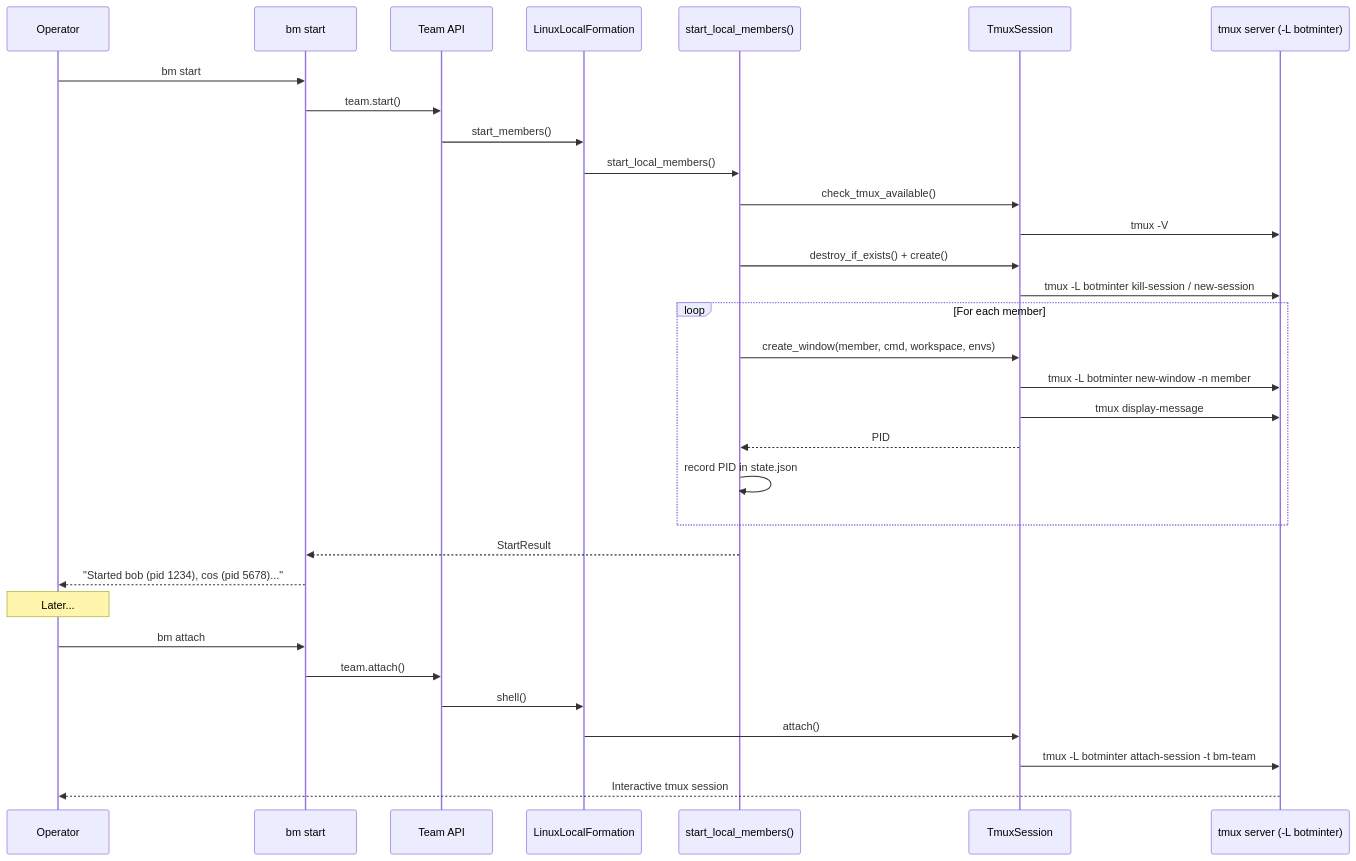
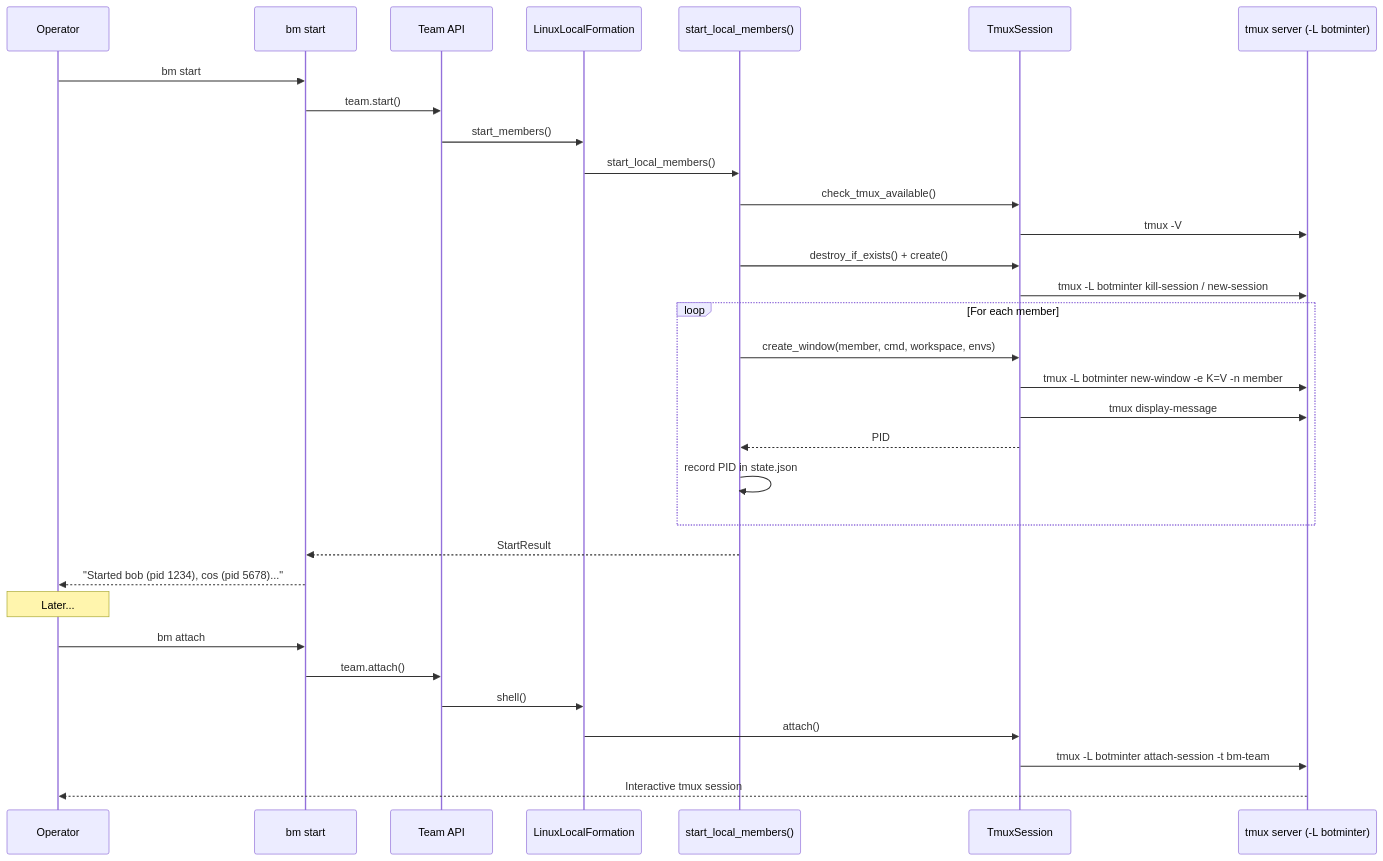
Before and after one commit to devguyio-bot-squad/may-team-team: the second of 2 diagrams in specs/botminter/2026-05-09-tmux-agent-sessions/design.md, drawn with Mermaid. The commit also changed other lines of this file, not shown here.

First line of the commit message:
docs(specs): revise design after review for 2026-05-09-tmux-agent-sessions

````diff
--- a/specs/botminter/2026-05-09-tmux-agent-sessions/design.md
+++ b/specs/botminter/2026-05-09-tmux-agent-sessions/design.md
@@ -473,36 +557,36 @@
 ```mermaid
 sequenceDiagram
     participant Op as Operator
     participant CLI as bm start
     participant Team as Team API
     participant LF as LinuxLocalFormation
     participant SM as start_local_members()
     participant Tmux as TmuxSession
     participant TmuxSrv as tmux server (-L botminter)
 
     Op->>CLI: bm start
     CLI->>Team: team.start()
     Team->>LF: start_members()
     LF->>SM: start_local_members()
     SM->>Tmux: check_tmux_available()
     Tmux->>TmuxSrv: tmux -V
     SM->>Tmux: destroy_if_exists() + create()
     Tmux->>TmuxSrv: tmux -L botminter kill-session / new-session
     loop For each member
         SM->>Tmux: create_window(member, cmd, workspace, envs)
-        Tmux->>TmuxSrv: tmux -L botminter new-window -n member
+        Tmux->>TmuxSrv: tmux -L botminter new-window -e K=V -n member
         Tmux->>TmuxSrv: tmux display-message #{pane_pid}
         Tmux-->>SM: PID
         SM->>SM: record PID in state.json
     end
     SM-->>CLI: StartResult
     CLI-->>Op: "Started bob (pid 1234), cos (pid 5678)..."
 
     Note over Op: Later...
     Op->>CLI: bm attach
     CLI->>Team: team.attach()
     Team->>LF: shell()
     LF->>Tmux: attach()
     Tmux->>TmuxSrv: tmux -L botminter attach-session -t bm-team
     TmuxSrv-->>Op: Interactive tmux session
 ```
````
